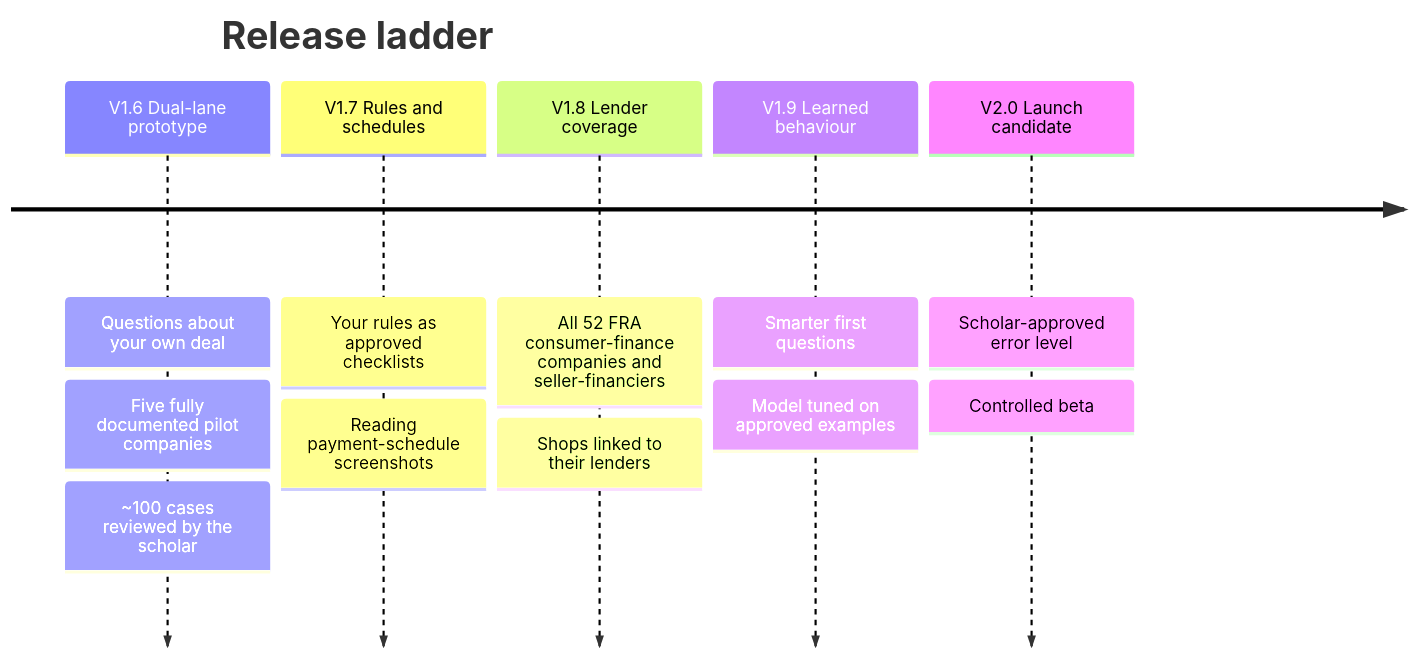
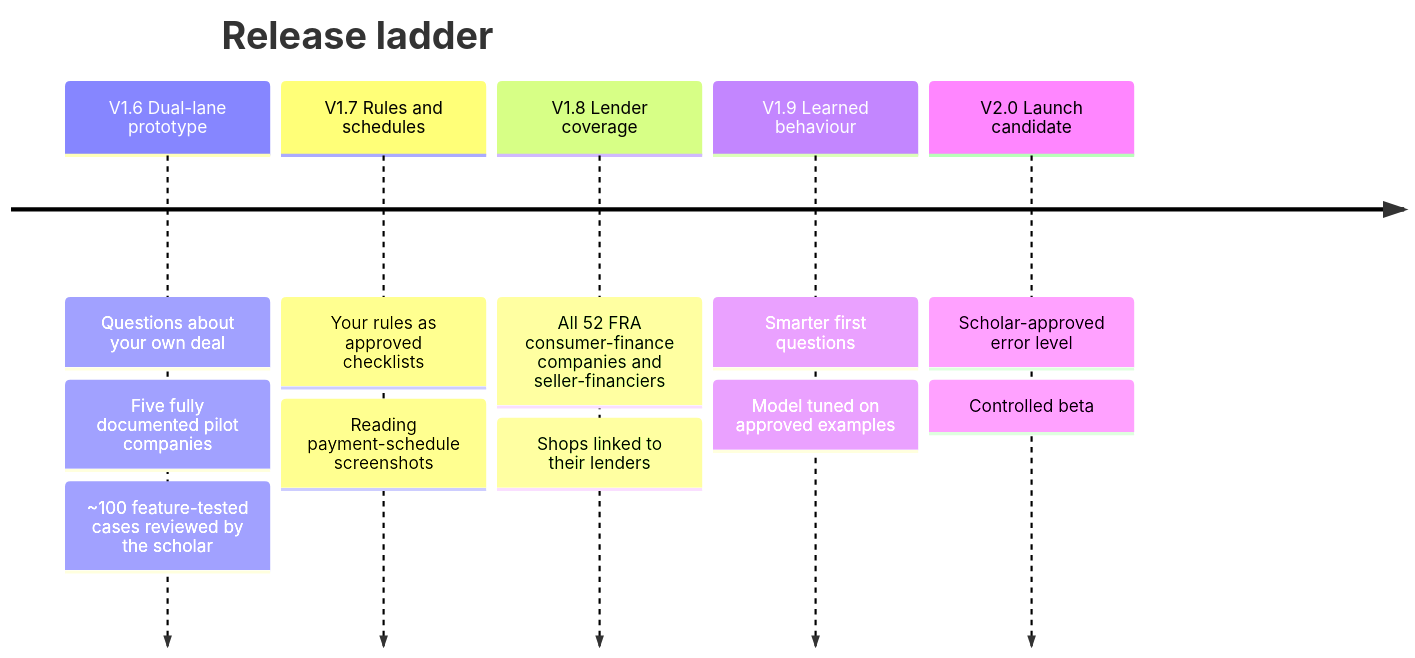
Before and after one commit to AhmedTElKodsh/Mushir-Sharia-Bot: the eighth of 9 diagrams in .planning/sharia-compliance-chatbot/docs/client-guide.md, drawn with Mermaid. The commit also changed other lines of this file and 58 other files, not shown here.

````diff
--- a/.planning/sharia-compliance-chatbot/docs/client-guide.md
+++ b/.planning/sharia-compliance-chatbot/docs/client-guide.md
@@ -290,15 +291,15 @@
 ```mermaid
 timeline
     title Release ladder
     V1.6 Dual-lane prototype : Questions about your own deal
                              : Five fully documented pilot companies
-                             : ~100 cases reviewed by the scholar
+                             : ~100 feature-tested cases reviewed by the scholar
     V1.7 Rules and schedules : Your rules as approved checklists
                              : Reading payment-schedule screenshots
     V1.8 Lender coverage : All 52 FRA consumer-finance companies and seller-financiers
                          : Shops linked to their lenders
     V1.9 Learned behaviour : Smarter first questions
                            : Model tuned on approved examples
     V2.0 Launch candidate : Scholar-approved error level
                           : Controlled beta
 ```
````
